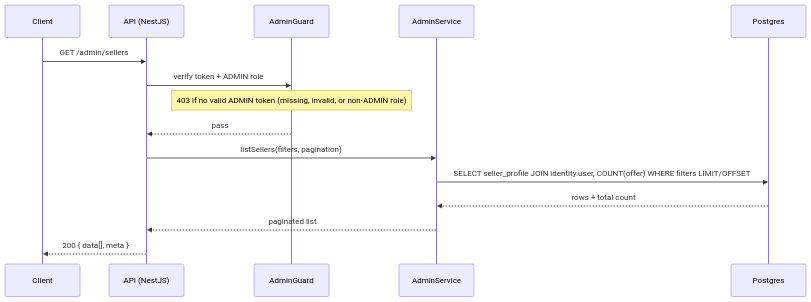
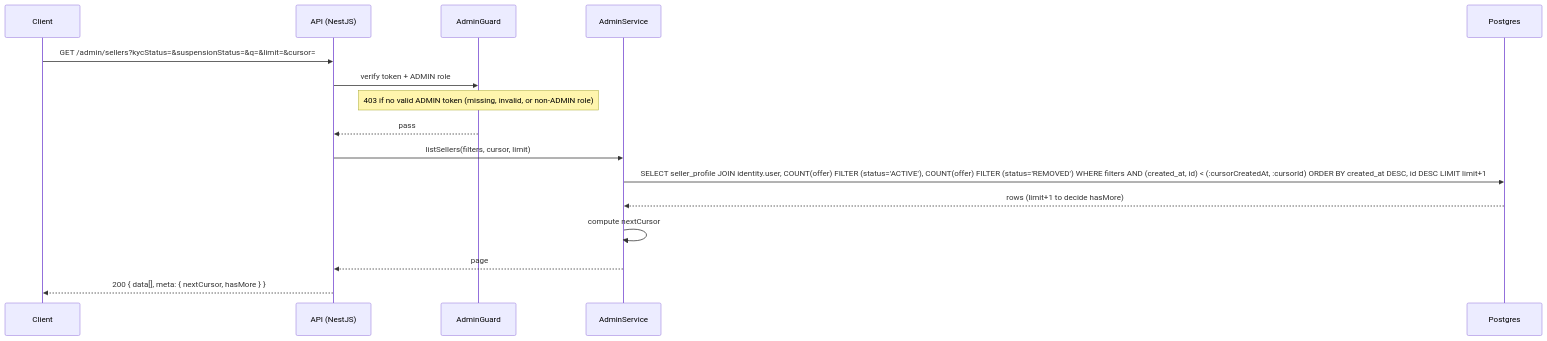
The fourth of 14 diagrams in phase-1/technical-design/api-design/admin.md (alisa-uthi/aliceut-ecom-document), drawn with Mermaid before and after one commit. The commit also changed other lines of this file and 73 other files, not shown here.

````diff
--- a/phase-1/technical-design/api-design/admin.md
+++ b/phase-1/technical-design/api-design/admin.md
@@ -240,18 +327,19 @@
 ```mermaid
 sequenceDiagram
     participant C as Client
     participant API as API (NestJS)
     participant G as AdminGuard
     participant S as AdminService
     participant PG as Postgres
 
-    C->>API: GET /admin/sellers
+    C->>API: GET /admin/sellers?kycStatus=&suspensionStatus=&q=&limit=&cursor=
     API->>G: verify token + ADMIN role
     Note over G: 403 if no valid ADMIN token (missing, invalid, or non-ADMIN role)
     G-->>API: pass
-    API->>S: listSellers(filters, pagination)
-    S->>PG: SELECT seller_profile JOIN identity.user, COUNT(offer) WHERE filters LIMIT/OFFSET
-    PG-->>S: rows + total count
-    S-->>API: paginated list
-    API-->>C: 200 { data[], meta }
+    API->>S: listSellers(filters, cursor, limit)
+    S->>PG: SELECT seller_profile JOIN identity.user, COUNT(offer) FILTER (status='ACTIVE'), COUNT(offer) FILTER (status='REMOVED') WHERE filters AND (created_at, id) < (:cursorCreatedAt, :cursorId) ORDER BY created_at DESC, id DESC LIMIT limit+1
+    PG-->>S: rows (limit+1 to decide hasMore)
+    S->>S: compute nextCursor
+    S-->>API: page
+    API-->>C: 200 { data[], meta: { nextCursor, hasMore } }
 ```
````
